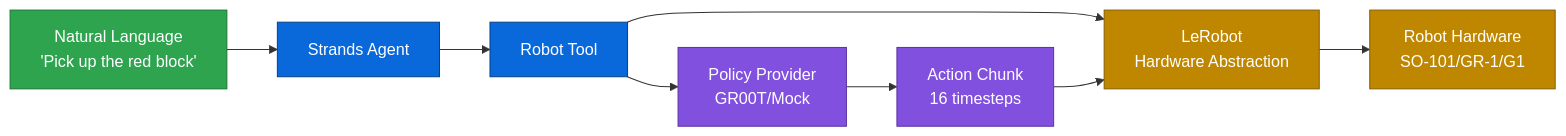
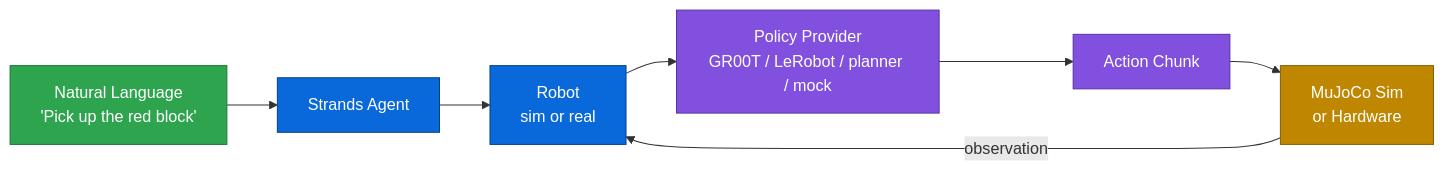
One commit to cagataycali/robots changed the first of 2 diagrams in README.md. Above: the diagram before and after it, drawn with Mermaid. The commit also changed other lines of this file, not shown here.

Commit message:
docs: rewrite README for v0.x — Robot() factory, 68 robots, mesh, 64-action sim

````diff
--- a/README.md
+++ b/README.md
@@ -36,20 +71,19 @@
 ```mermaid
 graph LR
     A[Natural Language<br/>'Pick up the red block'] --> B[Strands Agent]
-    B --> C[Robot Tool]
-    C --> D[Policy Provider<br/>GR00T/Mock]
-    C --> E[LeRobot<br/>Hardware Abstraction]
-    D --> F[Action Chunk<br/>16 timesteps]
-    F --> E
-    E --> G[Robot Hardware<br/>SO-101/GR-1/G1]
+    B --> C[Robot<br/>sim or real]
+    C --> D[Policy Provider<br/>GR00T / LeRobot / planner / mock]
+    D --> E[Action Chunk]
+    E --> F[MuJoCo Sim<br/>or Hardware]
+    F -->|observation| C
 
     classDef input fill:#2ea44f,stroke:#1b7735,color:#fff
     classDef agent fill:#0969da,stroke:#044289,color:#fff
     classDef policy fill:#8250df,stroke:#5a32a3,color:#fff
     classDef hardware fill:#bf8700,stroke:#875e00,color:#fff
 
     class A input
     class B,C agent
-    class D,F policy
-    class E,G hardware
+    class D,E policy
+    class F hardware
 ```
````
